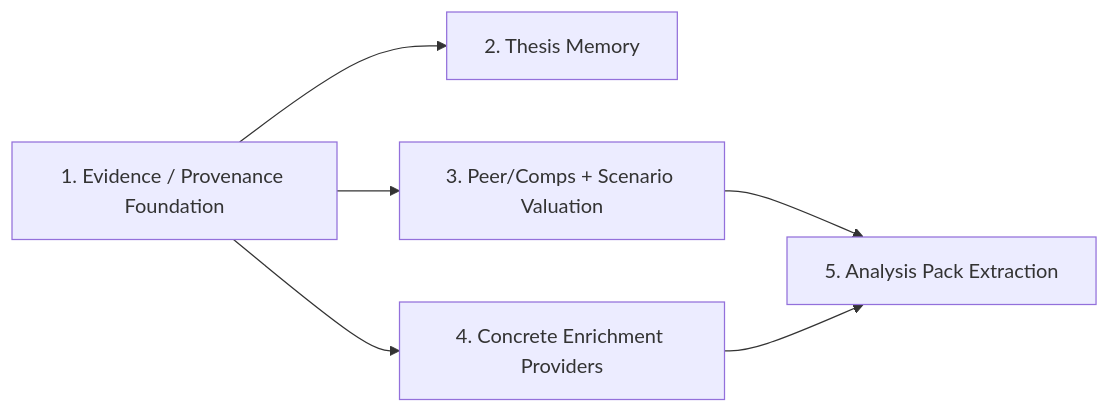
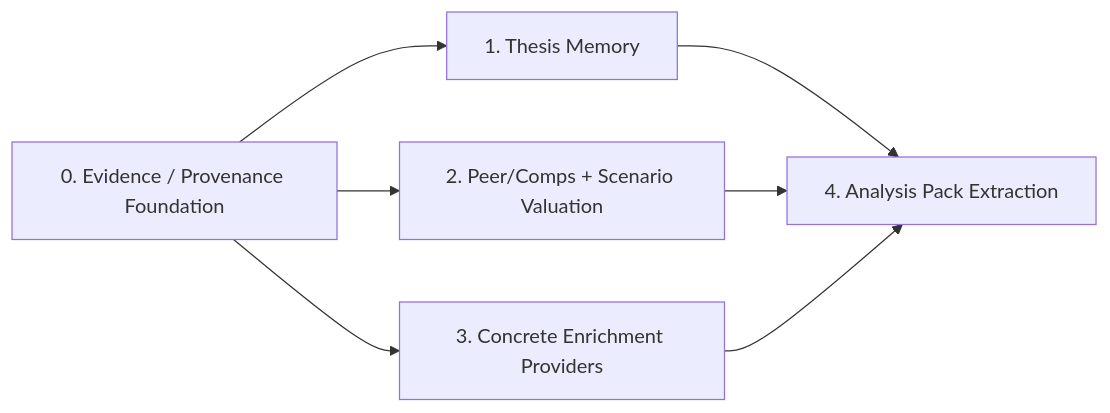
The diagram in docs/superpowers/roadmaps/2026-04-07-financial-services-plugins-architecture-roadmap-summary.md (BigtoC/scorpio-analyst), drawn with Mermaid before and after one commit. The commit also changed other lines of this file, not shown here.

Commit message:
docs: update financial services plugins architecture roadmap summary with plan adjustments and improvements

````diff
--- a/docs/superpowers/roadmaps/2026-04-07-financial-services-plugins-architecture-roadmap-summary.md
+++ b/docs/superpowers/roadmaps/2026-04-07-financial-services-plugins-architecture-roadmap-summary.md
@@ -53,14 +53,15 @@
 ```mermaid
 flowchart LR
-    P1[1. Evidence / Provenance Foundation]
-    P2[2. Thesis Memory]
-    P3[3. Peer/Comps + Scenario Valuation]
-    P4[4. Concrete Enrichment Providers]
-    P5[5. Analysis Pack Extraction]
+    P1[0. Evidence / Provenance Foundation]
+    P2[1. Thesis Memory]
+    P3[2. Peer/Comps + Scenario Valuation]
+    P4[3. Concrete Enrichment Providers]
+    P5[4. Analysis Pack Extraction]
 
     P1 --> P2
     P1 --> P3
     P1 --> P4
+    P2 --> P5
     P3 --> P5
     P4 --> P5
 ```
````
